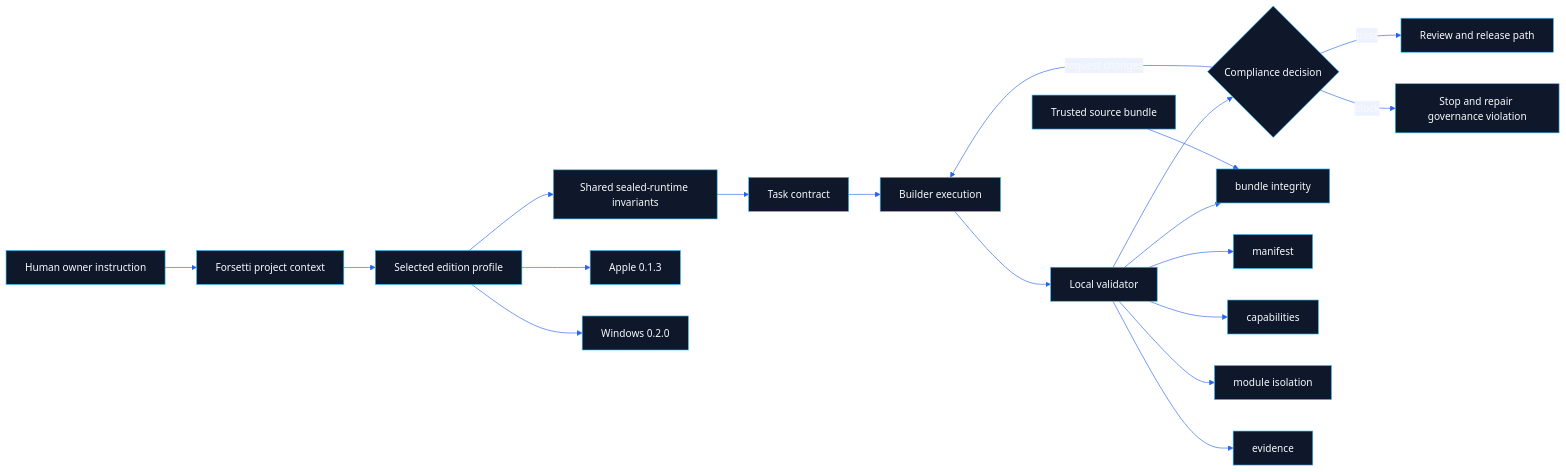
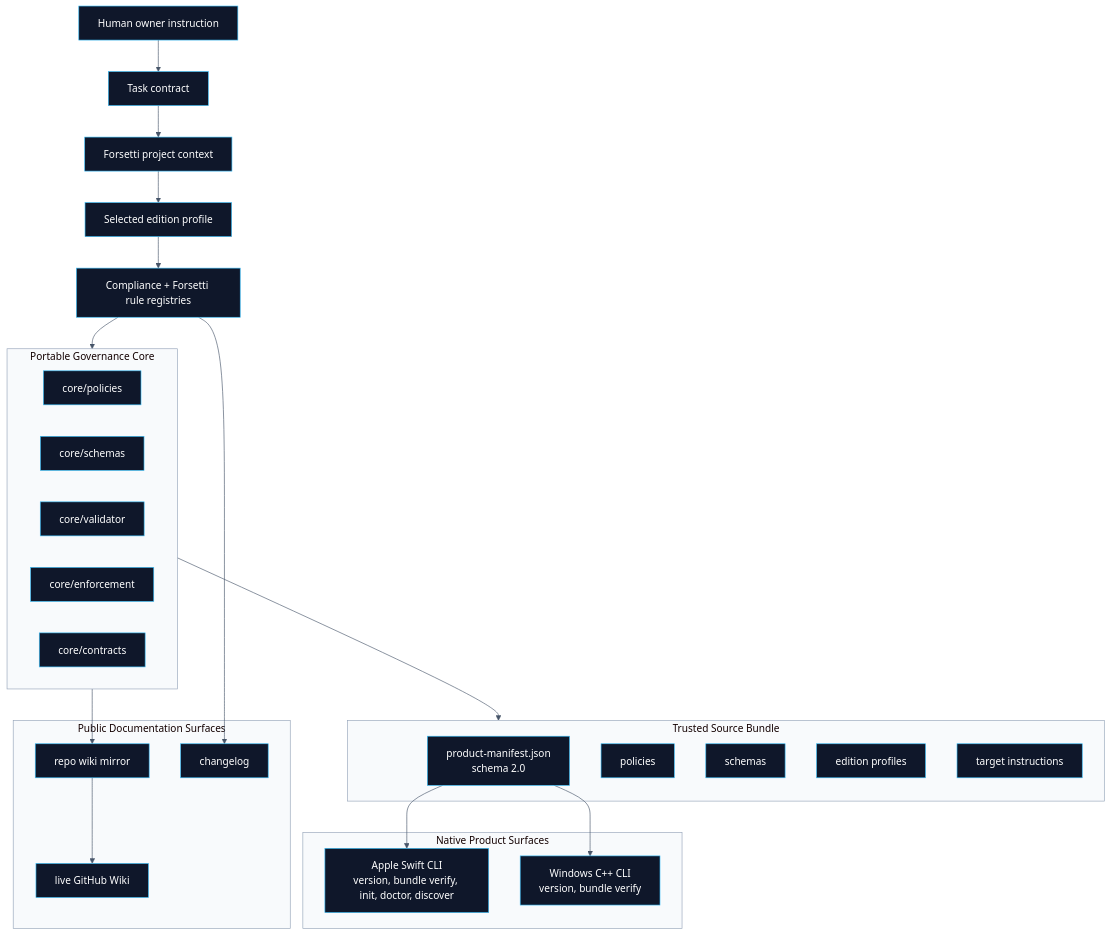
Before and after one commit to flynn33/forsetti-agentic-edition: the first of 2 diagrams in wiki/Home.md, drawn with Mermaid. The commit also changed other lines of this file and 11 other files, not shown here.

Commit message:
Align wiki with product state

````diff
--- a/wiki/Home.md
+++ b/wiki/Home.md
@@ -27,23 +49,43 @@
 ```mermaid
-%%{init: {"theme":"base","themeVariables":{"primaryColor":"#0f172a","primaryTextColor":"#f8fafc","primaryBorderColor":"#38bdf8","lineColor":"#2563eb","secondaryColor":"#eef2ff","secondaryTextColor":"#111827","tertiaryColor":"#ecfeff"}}}%%
-flowchart LR
-    A["Human owner instruction"] --> B["Forsetti project context"]
-    B --> C["Selected edition profile"]
-    C --> D["Shared sealed-runtime invariants"]
-    D --> E["Task contract"]
-    E --> F["Builder execution"]
-    F --> G["Local validator"]
-    G --> H{"Compliance decision"}
-    H -->|pass| I["Review and release path"]
-    H -->|request changes| F
-    H -->|block| J["Stop and repair governance violation"]
+%%{init: {"theme":"base","themeVariables":{"primaryColor":"#0f172a","primaryTextColor":"#ffffff","primaryBorderColor":"#38bdf8","lineColor":"#475569","secondaryColor":"#f8fafc","tertiaryColor":"#ecfeff","clusterBkg":"#f8fafc","clusterBorder":"#94a3b8"}}}%%
+flowchart TB
+    Owner["Human owner instruction"] --> Contract["Task contract"]
+    Contract --> Context["Forsetti project context"]
+    Context --> Profile["Selected edition profile"]
+    Profile --> Rules["Compliance + Forsetti rule registries"]
 
-    C --> C1["Apple 0.1.3"]
-    C --> C2["Windows 0.2.0"]
-    G --> G0["bundle integrity"]
-    G --> G1["manifest"]
-    G --> G2["capabilities"]
-    G --> G3["module isolation"]
-    G --> G4["evidence"]
-    K["Trusted source bundle"] --> G0
+    subgraph Core["Portable Governance Core"]
+        Policies["core/policies"]
+        Schemas["core/schemas"]
+        Validator["core/validator"]
+        Authority["core/enforcement"]
+        Contracts["core/contracts"]
+    end
+
+    subgraph Bundle["Trusted Source Bundle"]
+        Manifest["product-manifest.json<br/>schema 2.0"]
+        BundlePolicies["policies"]
+        BundleSchemas["schemas"]
+        BundleProfiles["edition profiles"]
+        Instructions["target instructions"]
+    end
+
+    subgraph Native["Native Product Surfaces"]
+        Apple["Apple Swift CLI<br/>version, bundle verify, init, doctor, discover"]
+        Windows["Windows C++ CLI<br/>version, bundle verify"]
+    end
+
+    subgraph Public["Public Documentation Surfaces"]
+        RepoWiki["repo wiki mirror"]
+        LiveWiki["live GitHub Wiki"]
+        Changelog["changelog"]
+    end
+
+    Rules --> Core
+    Core --> Bundle
+    Manifest --> Apple
+    Manifest --> Windows
+    Core --> RepoWiki
+    RepoWiki --> LiveWiki
+    Rules --> Changelog
 ```
````
